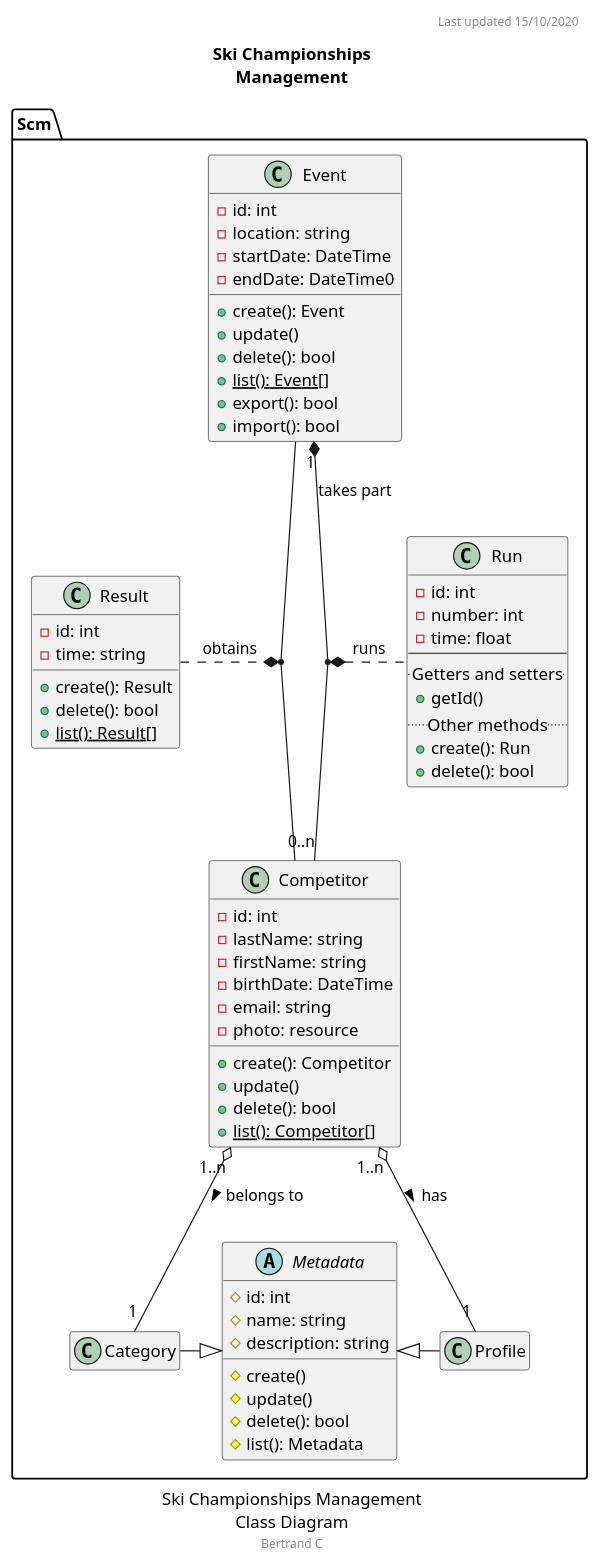
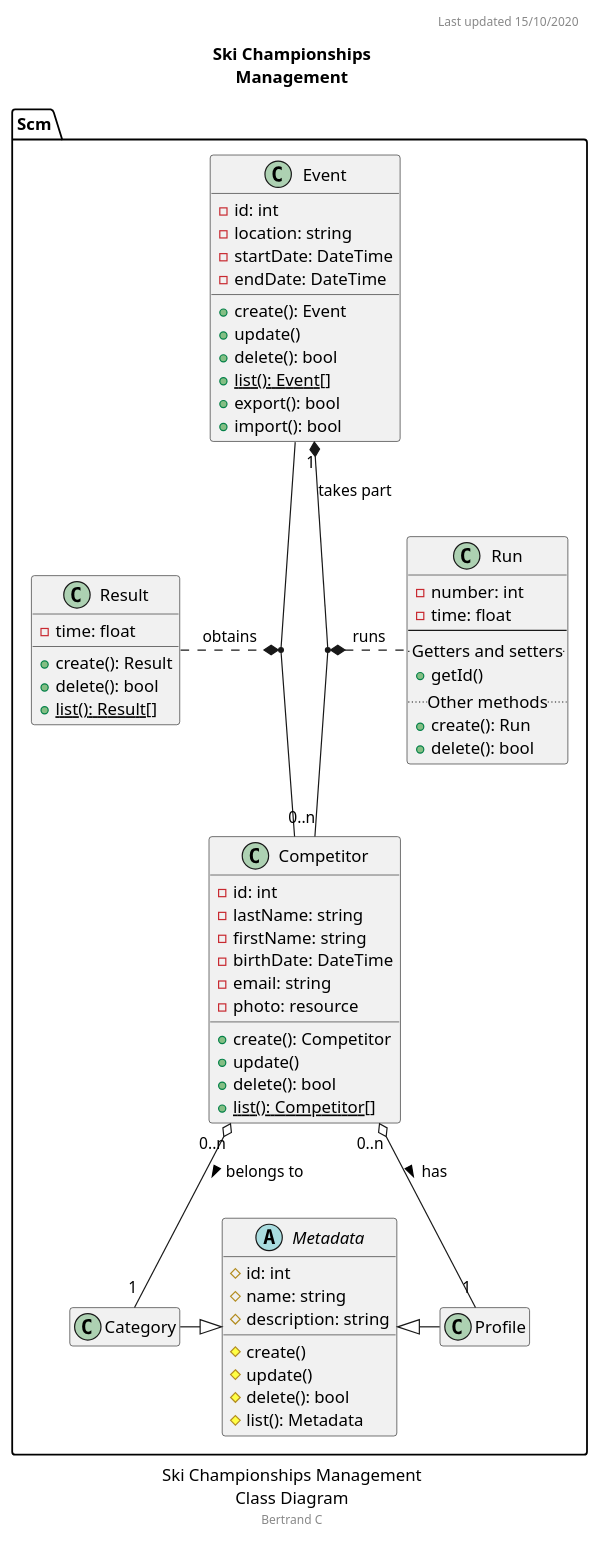
Before and after one commit to bcheronn/ski-championships-management: the second of 2 diagrams in docs/diagrams/src/Ski Championship Management.wsd, drawn with PlantUML. The commit also changed 2 other files, not shown here.

```diff
--- a/docs/diagrams/src/Ski Championship Management.wsd
+++ b/docs/diagrams/src/Ski Championship Management.wsd
@@ -8,88 +8,86 @@
 @startuml "Ski Championships Management Class Diagram"
 hide empty members
 caption Ski Championships Management\nClass Diagram
 footer Bertrand C
 header Last updated 15/10/2020
 title Ski Championships\nManagement
 
 namespace Scm {
     'note "This is a floating note\n<b>in case I need it</b>" as N1
 
     class Event
     {
         -id: int
         -location: string
         -startDate: DateTime
-        -endDate: DateTime0
+        -endDate: DateTime
         +create(): Event
         +update()
         +delete(): bool
         +{static}list(): Event[]
         +export(): bool
         +import(): bool
     }
 
     class Competitor
     {
         -id: int
         -lastName: string
         -firstName: string
         -birthDate: DateTime
         -email: string
         -photo: resource
         +create(): Competitor
         +update()
         +delete(): bool
         +{static}list(): Competitor[]
     }
 
     class Run
     {
-        -id: int
         -number: int
         -time: float
         --
         ..Getters and setters..
         +getId()
         ..Other methods..
         +create(): Run
         +delete(): bool
     }
 
     class Result
     {
-        -id: int
-        -time: string
+        -time: float
         +create(): Result
         +delete(): bool
         +{static}list(): Result[]
     }
 
     abstract Metadata
     {
         #id: int
         #name: string
         #description: string
         #create()
         #update()
         #delete(): bool
         #list(): Metadata
     }
 
     class Category
     {
     }
 
     class Profile
     {
     }
 
     (Event, Competitor) "1" *.. "1" Result : obtains
     Event "1" *-- "0..n" Competitor : < takes part
     (Event, Competitor) "1" *.. "0..2" Run : runs
     Metadata <|-l- Category
     Metadata <|-r- Profile
-    Competitor "1..n" o-- "1" Category : belongs to >
-    Competitor "1..n" o-- "1" Profile : has >
+    Competitor "0..n" o-- "1" Category : belongs to >
+    Competitor "0..n" o-- "1" Profile : has >
 }
 @enduml
```
